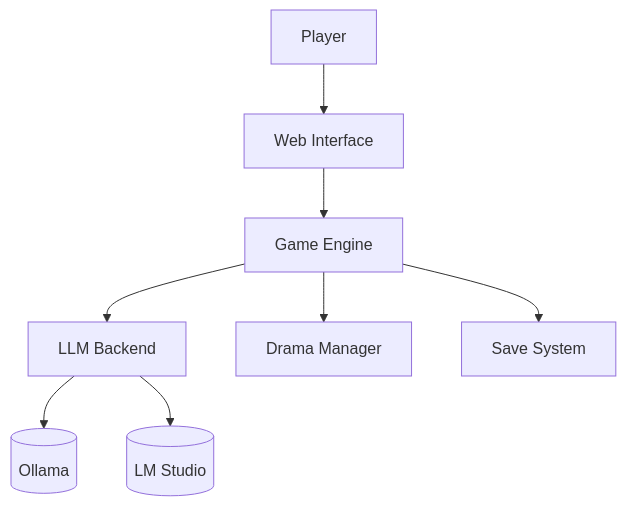
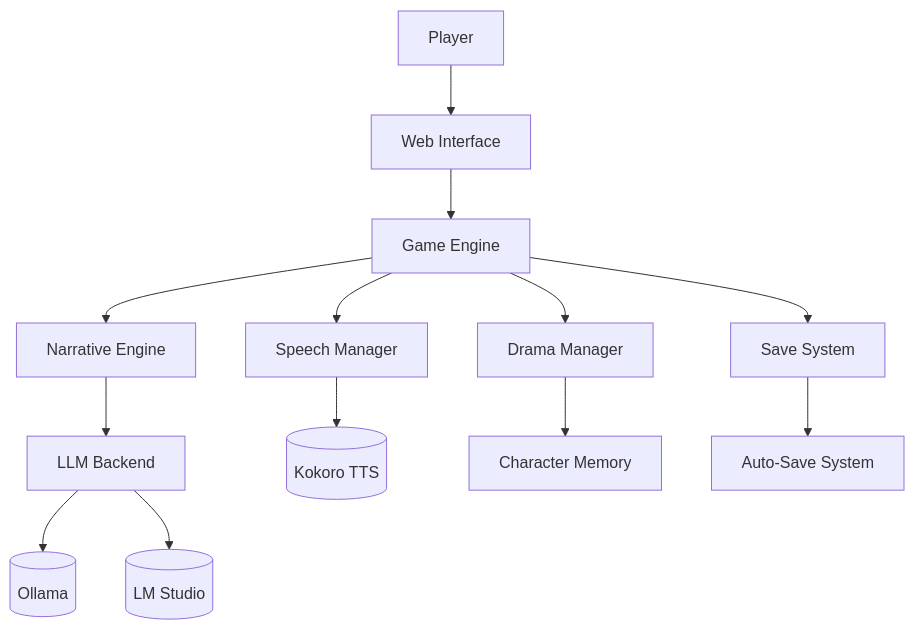
One commit to SparxCinTech/InteractiveStoryGame changed the diagram in README.md. Above: the diagram before and after it, drawn with Mermaid. The commit also changed other lines of this file, not shown here.

````diff
--- a/README.md
+++ b/README.md
@@ -29,10 +29,15 @@
 ```mermaid
 graph TD
     A[Player] --> B[Web Interface]
     B --> C[Game Engine]
-    C --> D[LLM Backend]
+    C --> D[Narrative Engine]
     C --> E[Drama Manager]
     C --> F[Save System]
-    D --> G[(Ollama)]
-    D --> H[(LM Studio)]
+    C --> G[Speech Manager]
+    D --> H[LLM Backend]
+    H --> I[(Ollama)]
+    H --> J[(LM Studio)]
+    G --> K[(Kokoro TTS)]
+    E --> L[Character Memory]
+    F --> M[Auto-Save System]
 ```
````
